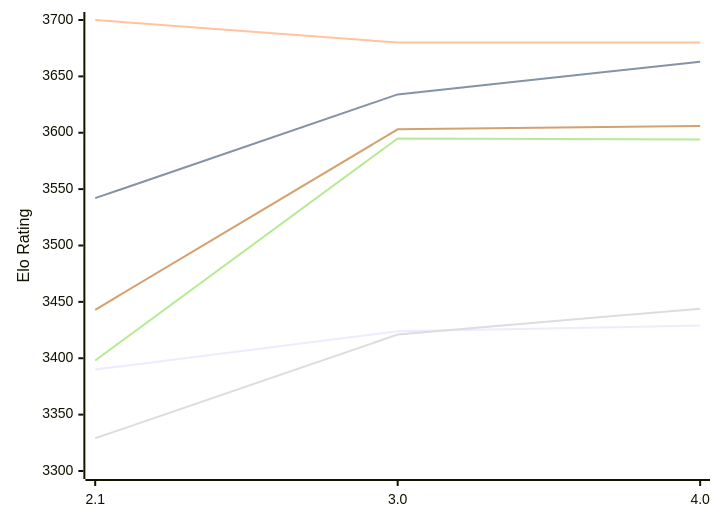
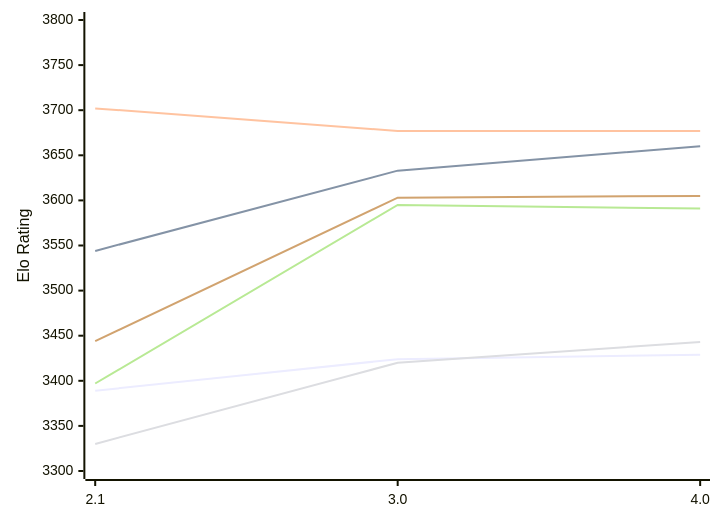
One commit to computer-chess-index/cci changed the first of 2 diagrams in engines/Hobbes.md. Above: the diagram before and after it, drawn with Mermaid. The commit also changed other lines of this file, not shown here.

Commit message:
Update CCI Ratings (ELO VLTC) - 2026-11-27

````diff
--- a/engines/Hobbes.md
+++ b/engines/Hobbes.md
@@ -53,12 +53,12 @@
 ```mermaid
 %%{init: {"theme":"base","themeVariables":{"seriesColors:['#a3a3a3','#222221','#faa371']}}}%%
 xychart-beta
   x-axis ["2.1", "3.0", "4.0"]
-  y-axis "Elo Rating" 3300 --> 3700
-  line "E1: STC (8.0+0.08s)" [3390, 3424, 3429]
-  line "E1: LTC (60.0+0.60s)" [3542, 3634, 3663]
-  line "E1: VLTC (2m24s+1.12s)" [3700, 3680, 3680]
-  line "P1: STC (8.0+0.08s)" [3329, 3421, 3444]
-  line "P1: LTC (60.0+0.60s)" [3398, 3595, 3594]
-  line "P1: VLTC (2m24s+1.12s)" [3443, 3603, 3606]
+  y-axis "Elo Rating" 3300 --> 3800
+  line "E1: STC (8.0+0.08s)" [3389, 3424, 3429]
+  line "E1: LTC (60.0+0.60s)" [3544, 3633, 3660]
+  line "E1: VLTC (2m24s+1.12s)" [3702, 3677, 3677]
+  line "P1: STC (8.0+0.08s)" [3330, 3420, 3443]
+  line "P1: LTC (60.0+0.60s)" [3397, 3595, 3591]
+  line "P1: VLTC (2m24s+1.12s)" [3444, 3603, 3605]
 ```
````
